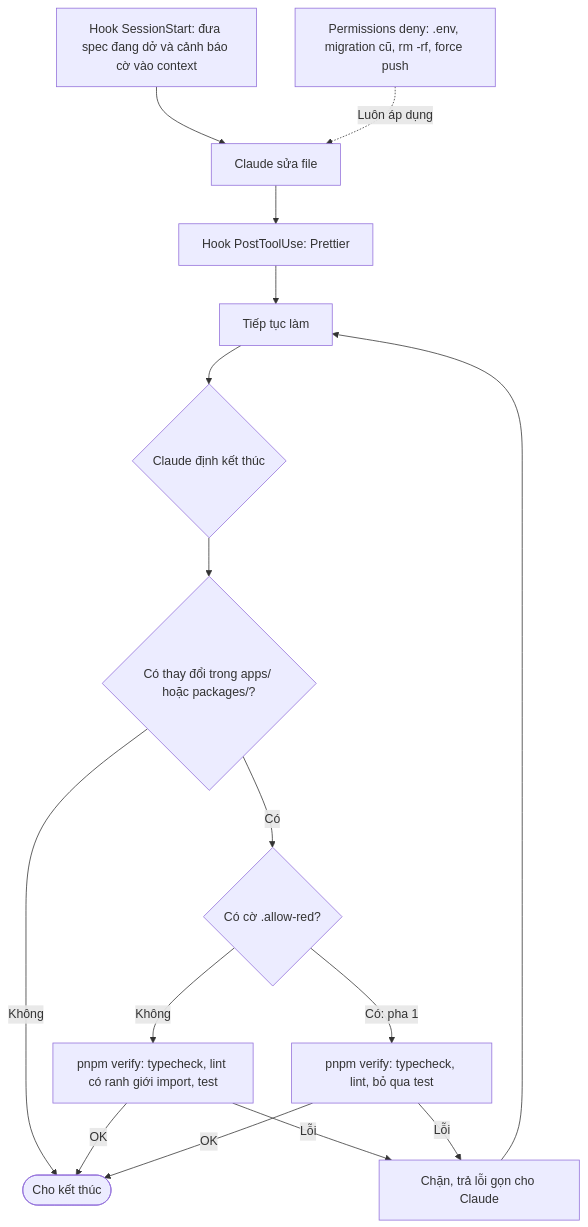
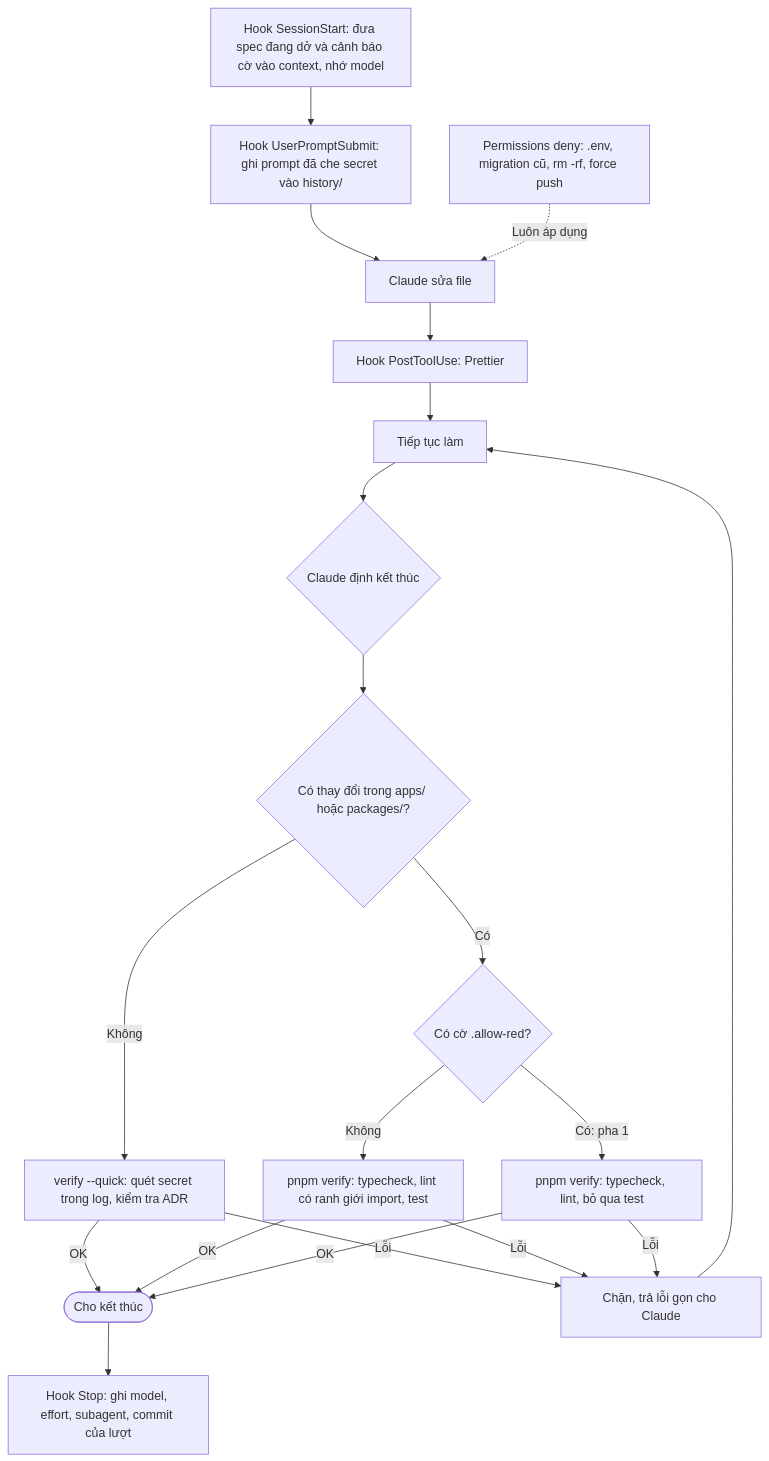
The second of 4 diagrams in docs/WORKFLOW.md (trantrong810-bz/claude-starter), drawn with Mermaid before and after one commit. The commit also changed other lines of this file and 37 other files, not shown here.

First line of the commit message:
Add prompt history, model tracking and ADRs with /why lookup

````diff
--- a/docs/WORKFLOW.md
+++ b/docs/WORKFLOW.md
@@ -75,19 +76,23 @@
 ```mermaid
 flowchart TD
-    SS["Hook SessionStart: đưa spec đang dở và cảnh báo cờ vào context"] --> EDIT
+    SS["Hook SessionStart: đưa spec đang dở và cảnh báo cờ vào context, nhớ model"] --> PROMPT
+    PROMPT["Hook UserPromptSubmit: ghi prompt đã che secret vào history/"] --> EDIT
     EDIT["Claude sửa file"] --> FMT["Hook PostToolUse: Prettier"]
     FMT --> WORK["Tiếp tục làm"]
     WORK --> STOP{"Claude định kết thúc"}
     STOP --> DIFF{"Có thay đổi trong apps/ hoặc packages/?"}
-    DIFF -->|"Không"| END(["Cho kết thúc"])
+    DIFF -->|"Không"| QUICK["verify --quick: quét secret trong log, kiểm tra ADR"]
+    QUICK -->|"OK"| END(["Cho kết thúc"])
+    QUICK -->|"Lỗi"| BLOCK
     DIFF -->|"Có"| FLAG{"Có cờ .allow-red?"}
     FLAG -->|"Không"| VERIFY["pnpm verify: typecheck, lint có ranh giới import, test"]
     FLAG -->|"Có: pha 1"| VERIFYP1["pnpm verify: typecheck, lint, bỏ qua test"]
     VERIFY -->|"OK"| END
     VERIFYP1 -->|"OK"| END
     VERIFY -->|"Lỗi"| BLOCK["Chặn, trả lỗi gọn cho Claude"]
     VERIFYP1 -->|"Lỗi"| BLOCK
     BLOCK --> WORK
+    END --> LOGM["Hook Stop: ghi model, effort, subagent, commit của lượt"]
 
     PERM["Permissions deny: .env, migration cũ, rm -rf, force push"] -.->|"Luôn áp dụng"| EDIT
 ```
````
